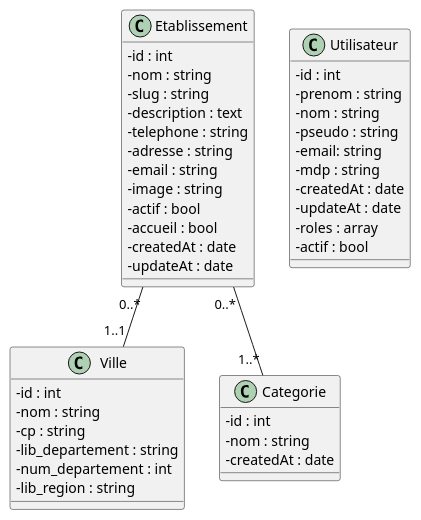
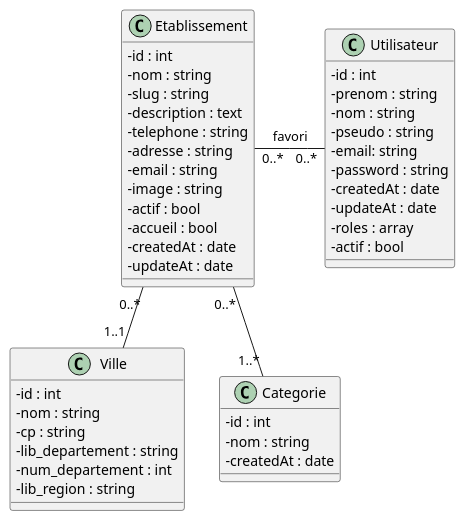
The diagram in documentation/Diagramme_classes.puml (liamgnb/FC-Tourisme), drawn with PlantUML before and after one commit. The commit also changed 13 other files, not shown here.

Commit message:
Ajouter et Supprimer un etablissement en favori

```diff
--- a/documentation/Diagramme_classes.puml
+++ b/documentation/Diagramme_classes.puml
@@ -1,50 +1,51 @@
 @startuml
 skinparam classAttributeIconSize 0
 
 class Etablissement {
     - id : int
     - nom : string
     - slug : string
     - description : text
     - telephone : string
     - adresse : string
     - email : string
     - image : string
     - actif : bool
     - accueil : bool
     - createdAt : date
     - updateAt : date
 }
 
 class Ville {
     - id : int
     - nom : string
     - cp : string
     - lib_departement : string
     - num_departement : int
     - lib_region : string
 }
 
 class Categorie {
     - id : int
     - nom : string
     - createdAt : date
 }
 
 class Utilisateur {
     - id : int
     - prenom : string
     - nom : string
     - pseudo : string
     - email: string
-    - mdp : string
+    - password : string
     - createdAt : date
     - updateAt : date
     - roles : array
     - actif : bool
 }
 
 Etablissement "0..*" -- "1..*" Categorie
 Etablissement "0..*" -- "1..1" Ville
+Etablissement "0..*" - "0..*" Utilisateur : favori
 
 @enduml
```
